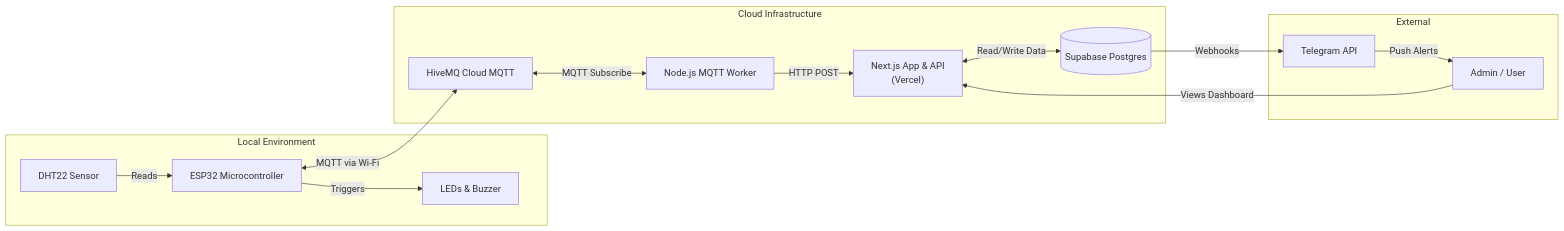
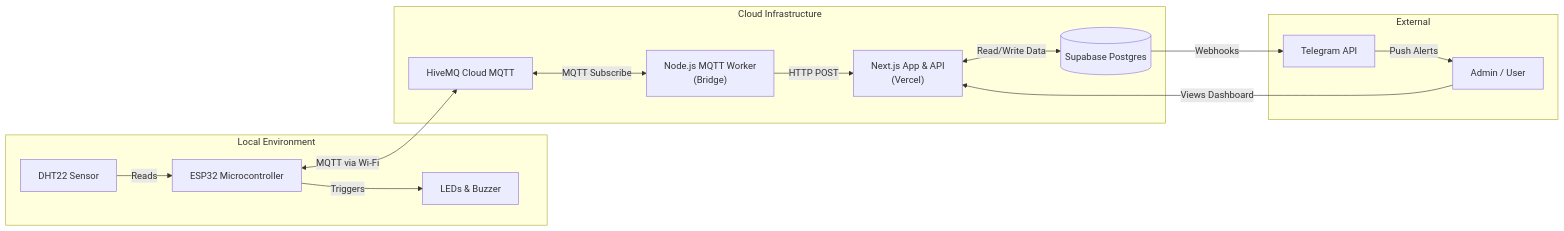
Before and after one commit to boyishwara/omaggot: the first of 4 diagrams in README.md, drawn with Mermaid. The commit also changed other lines of this file and 8 other files, not shown here.

````diff
--- a/README.md
+++ b/README.md
@@ -25,27 +15,27 @@
 ```mermaid
 graph LR
     subgraph "Local Environment"
         DHT[DHT22 Sensor] -->|Reads| ESP32[ESP32 Microcontroller]
         ESP32 -->|Triggers| HW[LEDs & Buzzer]
     end
 
     subgraph "Cloud Infrastructure"
         HiveMQ[HiveMQ Cloud MQTT]
-        Worker["Node.js MQTT Worker<br/>"]
+        Worker["Node.js MQTT Worker<br/>(Bridge)"]
         NextJS["Next.js App & API<br/>(Vercel)"]
         Supabase[(Supabase Postgres)]
     end
 
     subgraph "External"
         Telegram[Telegram API]
         User[Admin / User]
     end
 
     ESP32 <-->|MQTT via Wi-Fi| HiveMQ
     HiveMQ <-->|MQTT Subscribe| Worker
     Worker -->|HTTP POST| NextJS
     NextJS <-->|Read/Write Data| Supabase
     Supabase -->|Webhooks| Telegram
     Telegram -->|Push Alerts| User
     User -->|Views Dashboard| NextJS
 ```
````
